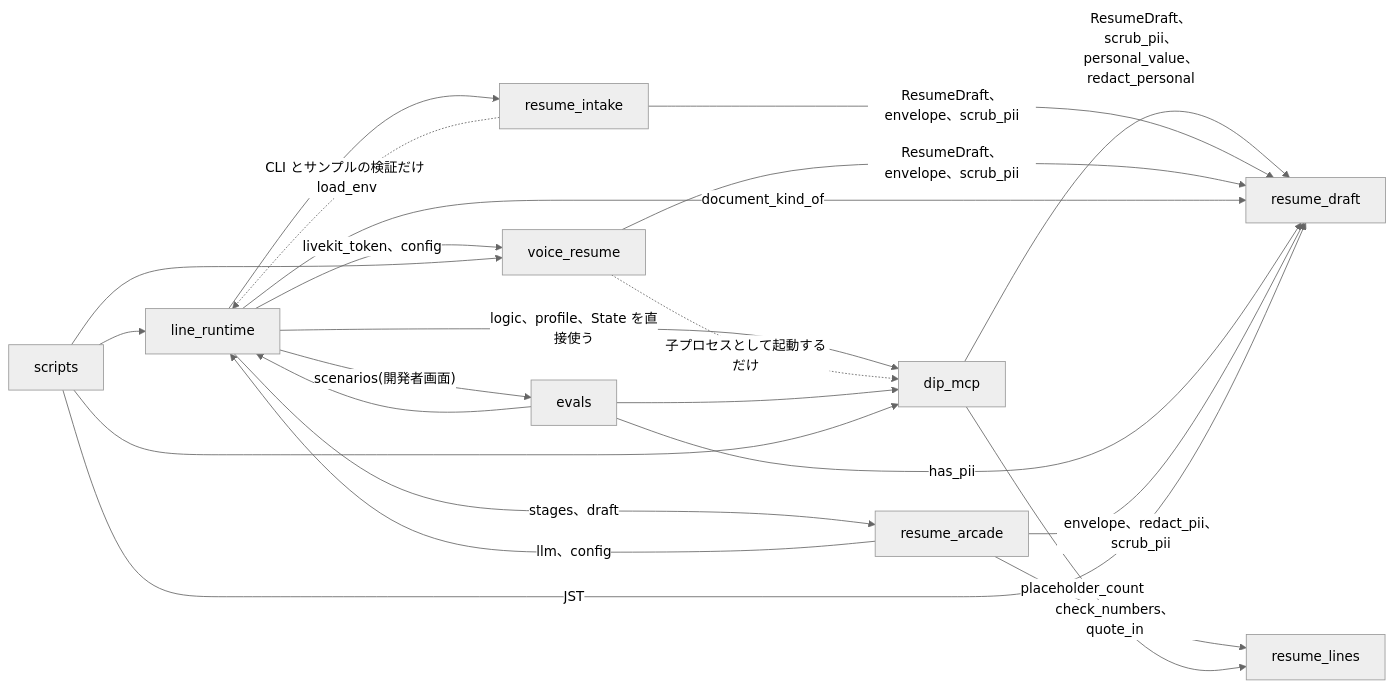
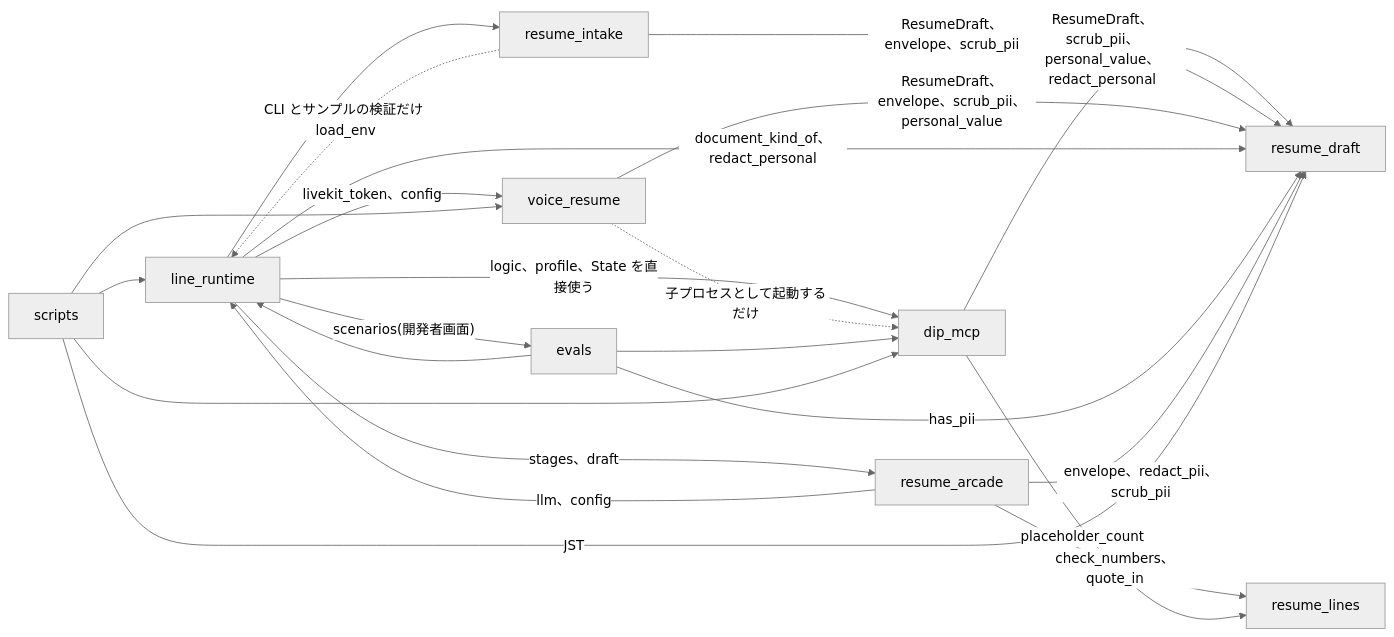
The third of 13 diagrams in docs/architecture/hld.md (jyoka/aica), drawn with Mermaid (neutral theme) before and after one commit. The commit also changed other lines of this file and 19 other files, not shown here.

````diff
--- a/docs/architecture/hld.md
+++ b/docs/architecture/hld.md
@@ -295,35 +295,35 @@
 ```mermaid
 flowchart LR
     lr["line_runtime"]
     dm["dip_mcp"]
     ri["resume_intake"]
     vr["voice_resume"]
     rd["resume_draft"]
     ev["evals"]
     sc["scripts"]
     ra["resume_arcade"]
     rl["resume_lines"]
 
     lr -- "logic、profile、State を直接使う" --> dm
     lr -- "scenarios(開発者画面)" --> ev
     lr --> ri
     lr -- "livekit_token、config" --> vr
     dm -- "ResumeDraft、scrub_pii、personal_value、redact_personal" --> rd
     ri -- "ResumeDraft、envelope、scrub_pii" --> rd
-    vr -- "ResumeDraft、envelope、scrub_pii" --> rd
-    lr -- "document_kind_of" --> rd
+    vr -- "ResumeDraft、envelope、scrub_pii、personal_value" --> rd
+    lr -- "document_kind_of、redact_personal" --> rd
     ev -- "has_pii" --> rd
     lr -- "stages、draft" --> ra
     ra -- "llm、config" --> lr
     ra -- "envelope、redact_pii、scrub_pii" --> rd
     ra -- "check_numbers、quote_in" --> rl
     dm -- "placeholder_count" --> rl
     sc -- "JST" --> rd
     ri -. "CLI とサンプルの検証だけ load_env" .-> lr
     vr -. "子プロセスとして起動するだけ" .-> dm
     ev --> lr
     ev --> dm
     sc --> lr
     sc --> dm
     sc --> vr
 ```
````
